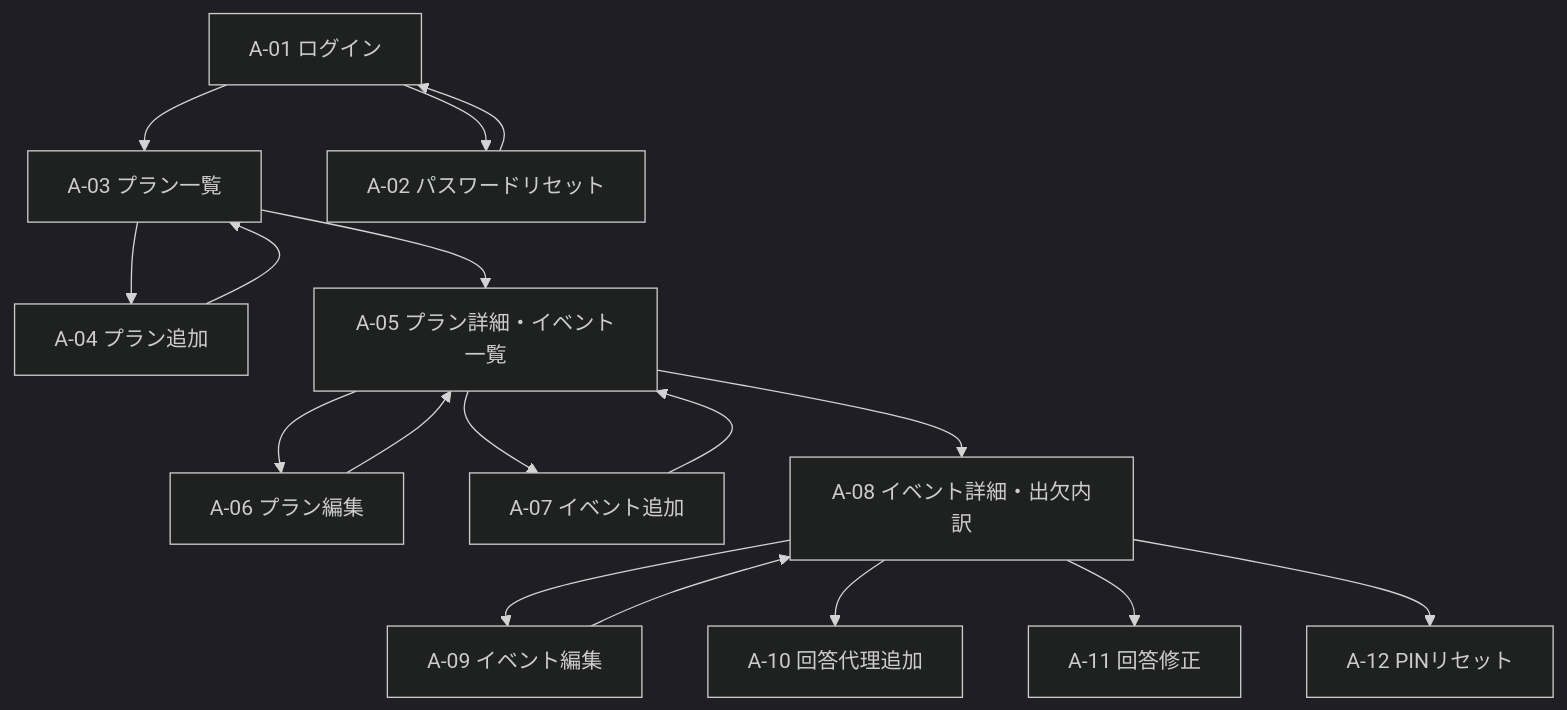
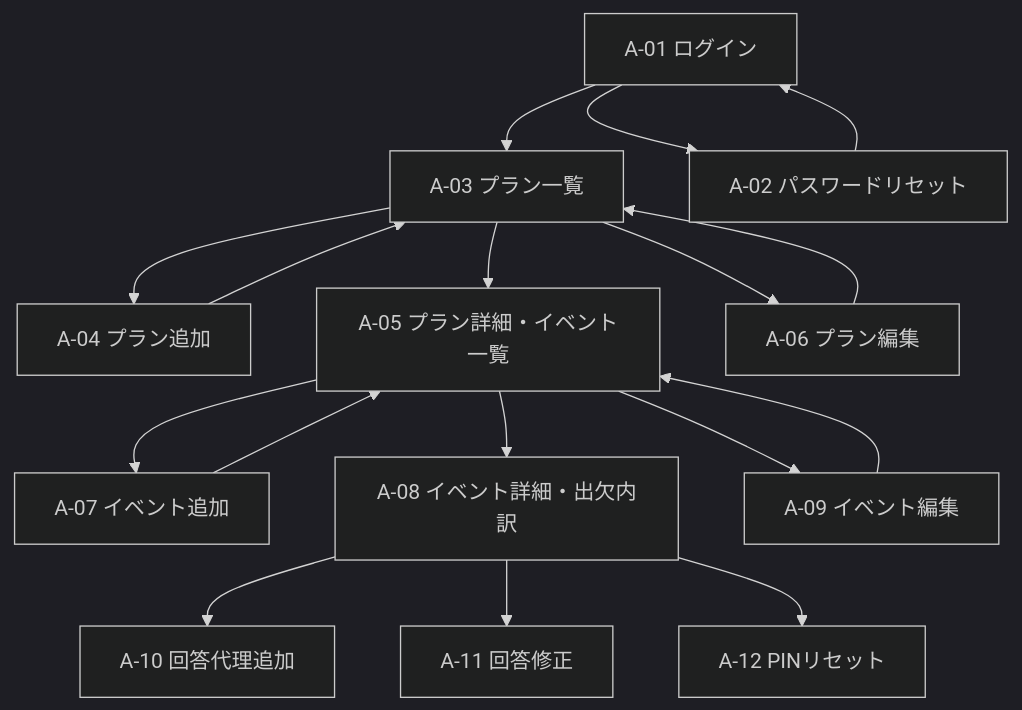
Before and after one commit to Bamboosato/rsvp-manager-app: the first of 2 diagrams in docs/screen-specification.md, drawn with Mermaid (dark theme). The commit also changed other lines of this file and 32 other files, not shown here.

Commit message:
Polish MVP UI and access code flows

````diff
--- a/docs/screen-specification.md
+++ b/docs/screen-specification.md
@@ -81,19 +82,19 @@
 ```mermaid
 flowchart TD
   login["A-01 ログイン"] --> plans["A-03 プラン一覧"]
   login --> reset["A-02 パスワードリセット"]
   reset --> login
   plans --> newPlan["A-04 プラン追加"]
   newPlan --> plans
   plans --> planDetail["A-05 プラン詳細・イベント一覧"]
-  planDetail --> planEdit["A-06 プラン編集"]
-  planEdit --> planDetail
+  plans --> planEdit["A-06 プラン編集"]
+  planEdit --> plans
   planDetail --> newEvent["A-07 イベント追加"]
   newEvent --> planDetail
   planDetail --> eventDetail["A-08 イベント詳細・出欠内訳"]
-  eventDetail --> eventEdit["A-09 イベント編集"]
-  eventEdit --> eventDetail
+  planDetail --> eventEdit["A-09 イベント編集"]
+  eventEdit --> planDetail
   eventDetail --> addResponse["A-10 回答代理追加"]
   eventDetail --> editResponse["A-11 回答修正"]
   eventDetail --> pinReset["A-12 PINリセット"]
 ```
````
